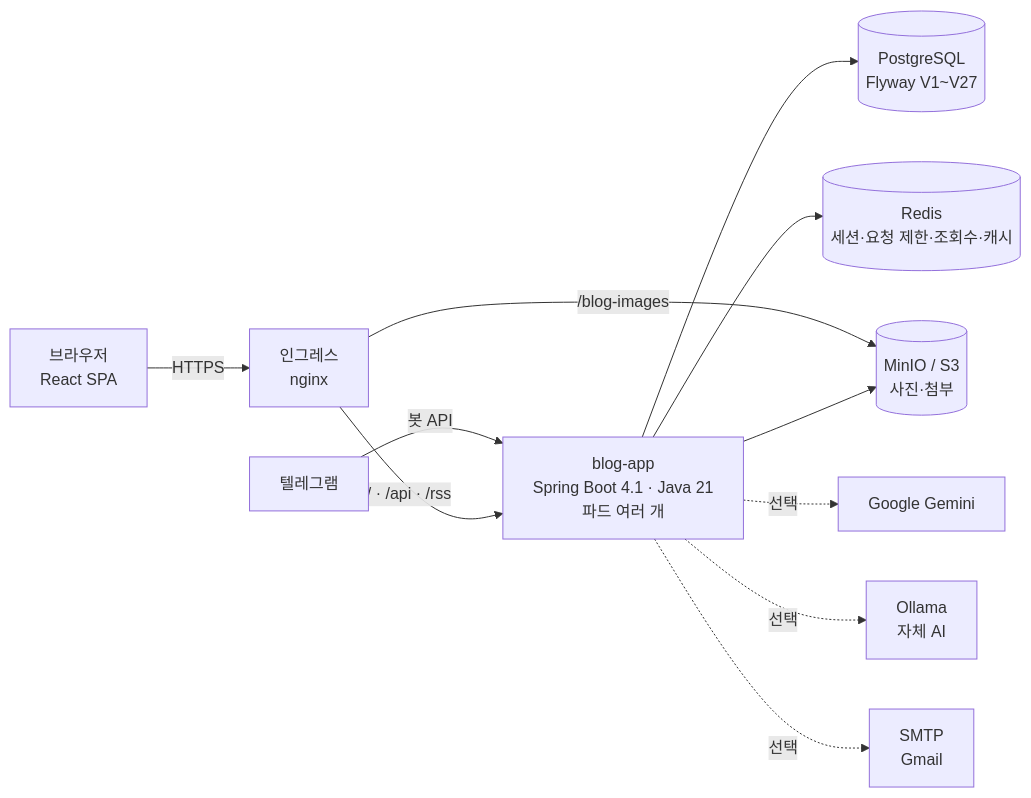
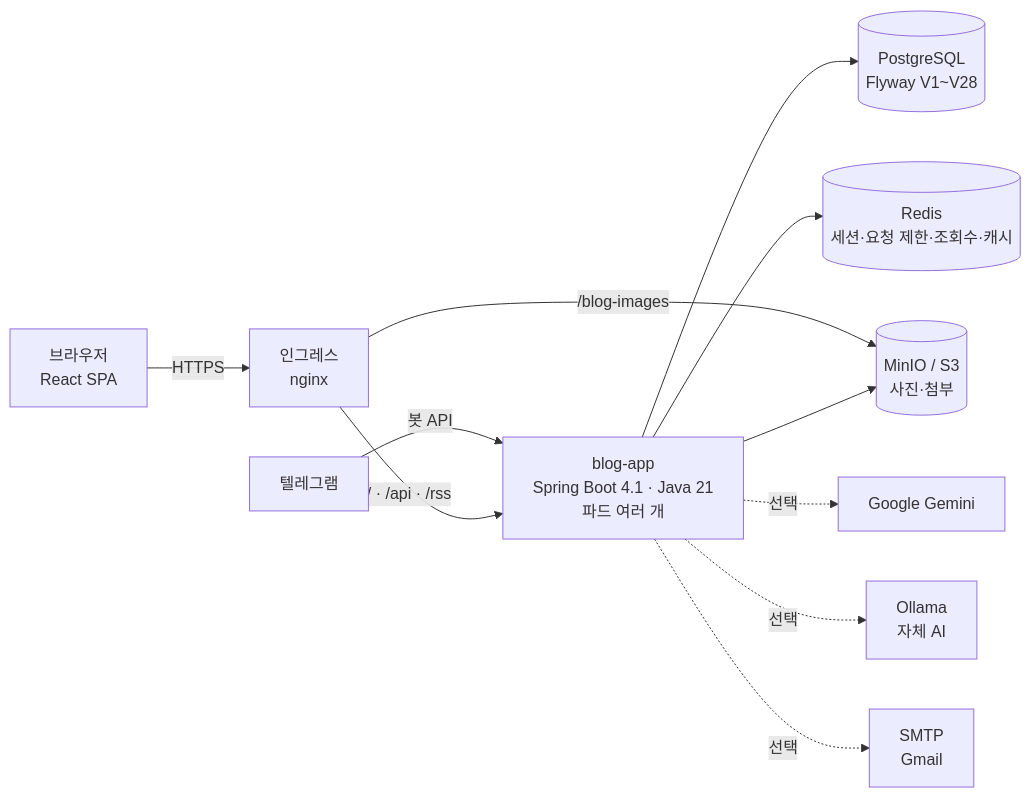
One commit to AIGJ-01-002-blog/.github changed the first of 3 diagrams in profile/README.md. Above: the diagram before and after it, drawn with Mermaid. The commit also changed other lines of this file, not shown here.

````diff
--- a/profile/README.md
+++ b/profile/README.md
@@ -149,13 +149,13 @@
 ```mermaid
 flowchart LR
     B[브라우저<br/>React SPA] -->|HTTPS| I[인그레스<br/>nginx]
     T[텔레그램] -->|봇 API| A
     I -->|/ · /api · /rss| A[blog-app<br/>Spring Boot 4.1 · Java 21<br/>파드 여러 개]
     I -->|/blog-images| M[(MinIO / S3<br/>사진·첨부)]
-    A --> P[(PostgreSQL<br/>Flyway V1~V27)]
+    A --> P[(PostgreSQL<br/>Flyway V1~V28)]
     A --> R[(Redis<br/>세션·요청 제한·조회수·캐시)]
     A --> M
     A -.선택.-> G[Google Gemini]
     A -.선택.-> O[Ollama<br/>자체 AI]
     A -.선택.-> S[SMTP<br/>Gmail]
 ```
````
